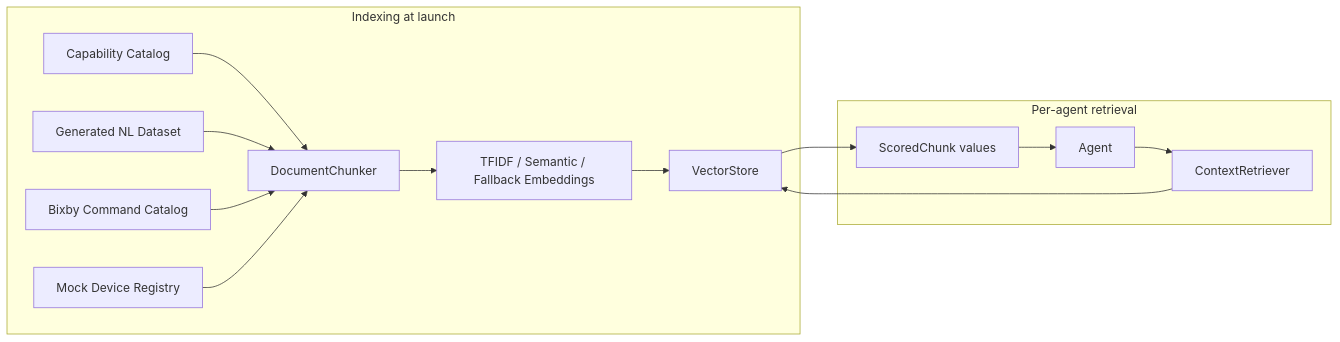
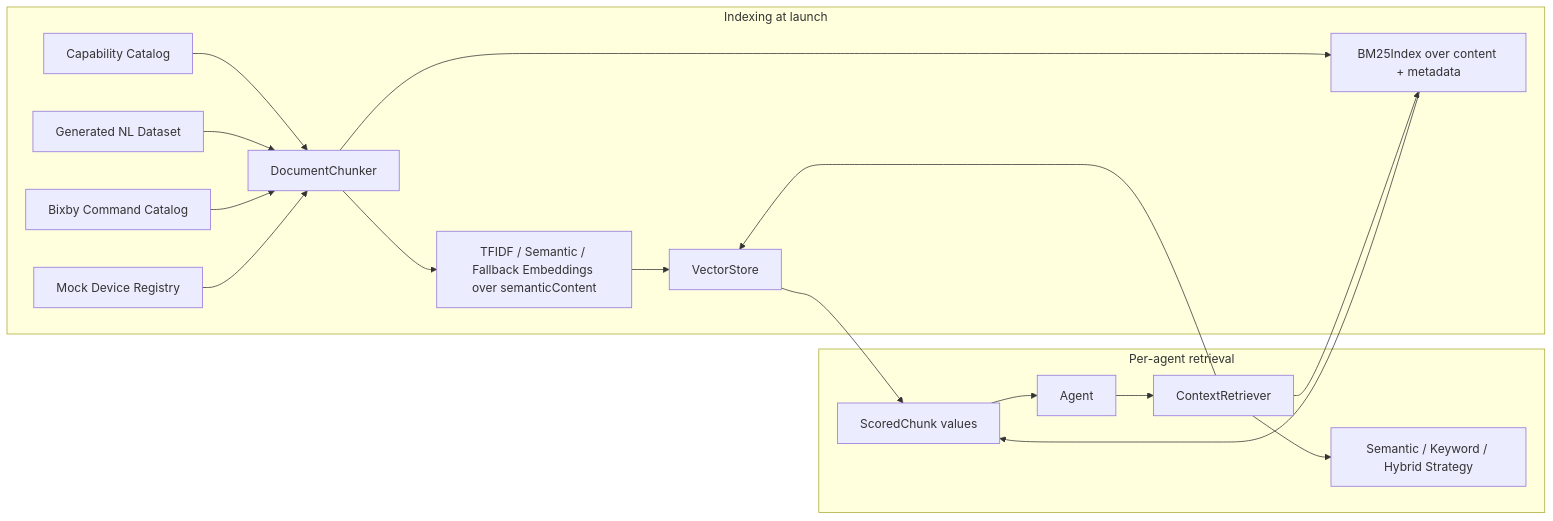
The fifth of 6 diagrams in Architecture.md (ksypinro/HomeAutomation), drawn with Mermaid before and after one commit. The commit also changed other lines of this file and 40 other files, not shown here.

````diff
--- a/Architecture.md
+++ b/Architecture.md
@@ -338,18 +346,22 @@
 ```mermaid
 flowchart LR
     subgraph Ingestion["Indexing at launch"]
         Cap["Capability Catalog"] --> Chunker["DocumentChunker"]
         Examples["Generated NL Dataset"] --> Chunker
         Bixby["Bixby Command Catalog"] --> Chunker
         Devices["Mock Device Registry"] --> Chunker
-        Chunker --> Embedder["TFIDF / Semantic / Fallback Embeddings"]
+        Chunker --> Embedder["TFIDF / Semantic / Fallback Embeddings over semanticContent"]
         Embedder --> Store["VectorStore"]
+        Chunker --> BM25["BM25Index over content + metadata"]
     end
 
     subgraph Query["Per-agent retrieval"]
         Agent["Agent"] --> Retriever["ContextRetriever"]
         Retriever --> Store
+        Retriever --> BM25
+        Retriever --> Strategy["Semantic / Keyword / Hybrid Strategy"]
         Store --> Results["ScoredChunk values"]
+        BM25 --> Results
         Results --> Agent
     end
 ```
````
